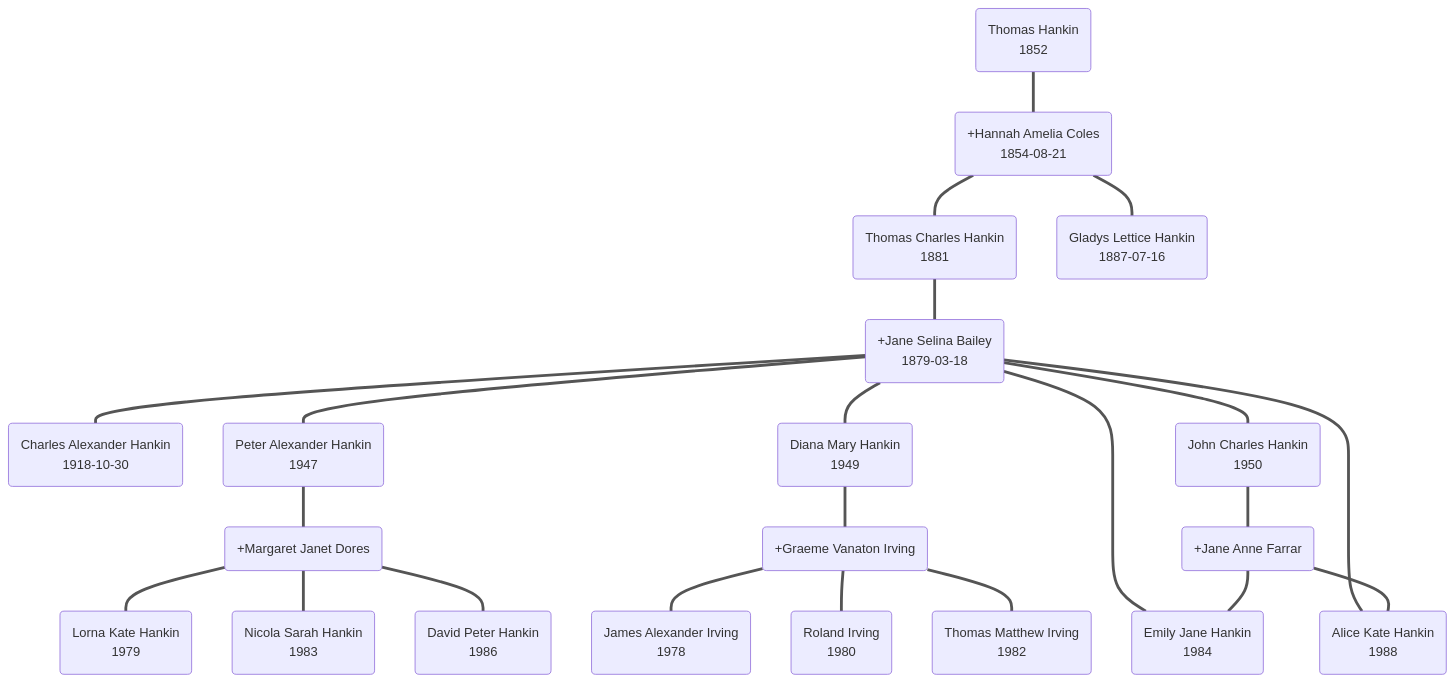
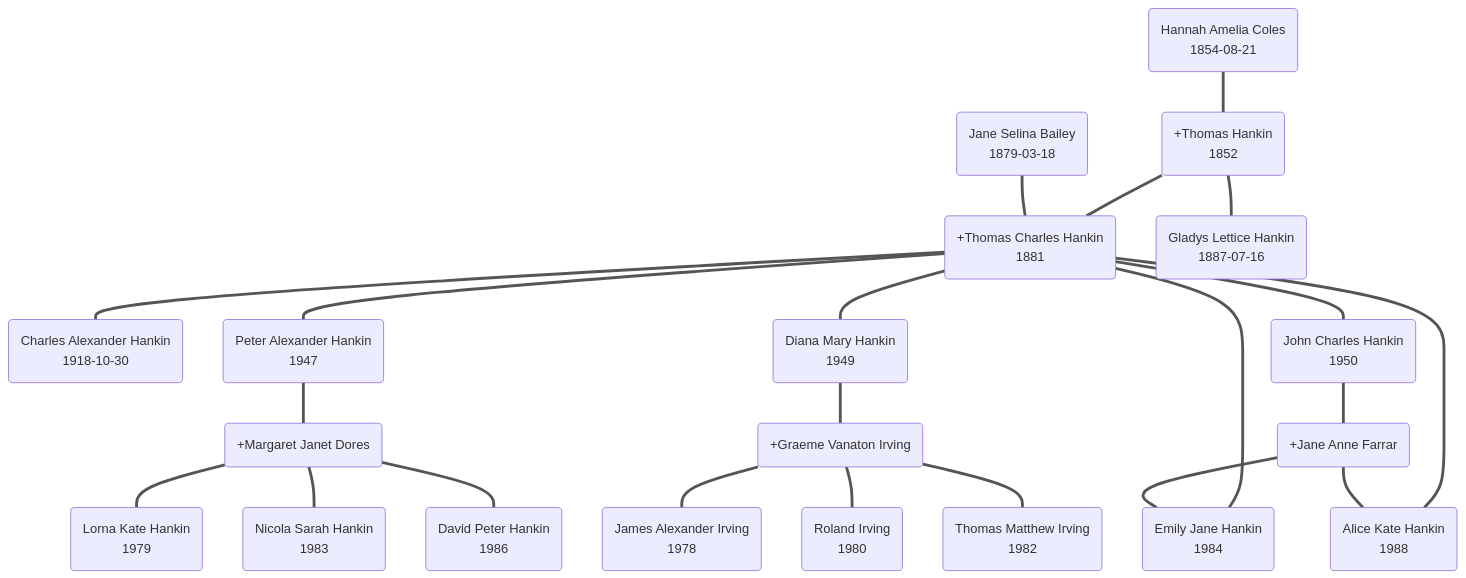
One commit to soul-family/family-tree changed the diagram in src-content/branch/diagrams/hankin.md. Above: the diagram before and after it, drawn with Mermaid. The commit also changed 36 other files, not shown here.

````diff
--- a/src-content/branch/diagrams/hankin.md
+++ b/src-content/branch/diagrams/hankin.md
@@ -3,26 +3,26 @@
 ```mermaid
 flowchart TD
-    1852_thomas_hankin_jr(Thomas Hankin<br/>1852) === 1854_hannah_amelia_coles(+Hannah Amelia Coles<br/>1854-08-21)
-    1854_hannah_amelia_coles === 1881_thomas_charles_hankin(Thomas Charles Hankin<br/>1881)
-    1854_hannah_amelia_coles === 1887_gladys_lettice_hankin(Gladys Lettice Hankin<br/>1887-07-16)
-    1881_thomas_charles_hankin === 1879_jane_selina_bailey(+Jane Selina Bailey<br/>1879-03-18)
-    1879_jane_selina_bailey === 1918_charles_alexander_hankin(Charles Alexander Hankin<br/>1918-10-30)
-    1879_jane_selina_bailey === 1947_peter_alexander_hankin(Peter Alexander Hankin<br/>1947)
-    1879_jane_selina_bailey === 1949_diana_mary_hankin(Diana Mary Hankin<br/>1949)
-    1879_jane_selina_bailey === 1950_john_charles_hankin(John Charles Hankin<br/>1950)
-    1879_jane_selina_bailey === 1984_emily_jane_hankin(Emily Jane Hankin<br/>1984)
-    1879_jane_selina_bailey === 1988_alice_kate_hankin(Alice Kate Hankin<br/>1988)
-    1947_peter_alexander_hankin === margaret_janet_dores(+Margaret Janet Dores)
-    margaret_janet_dores === 1979_lorna_kate_hankin(Lorna Kate Hankin<br/>1979)
-    margaret_janet_dores === 1983_nicola_sarah_hankin(Nicola Sarah Hankin<br/>1983)
-    margaret_janet_dores === 1986_david_peter_hankin(David Peter Hankin<br/>1986)
-    1949_diana_mary_hankin === graeme_vanaton_irving(+Graeme Vanaton Irving)
-    graeme_vanaton_irving === 1978_james_alexander_irving(James Alexander Irving<br/>1978)
-    graeme_vanaton_irving === 1980_roland_irving(Roland Irving<br/>1980)
-    graeme_vanaton_irving === 1982_thomas_matthew_irving(Thomas Matthew Irving<br/>1982)
-    1950_john_charles_hankin === jane_anne_farrar(+Jane Anne Farrar)
-    jane_anne_farrar === 1984_emily_jane_hankin
-    jane_anne_farrar === 1988_alice_kate_hankin
+    1854_hannah_amelia_coles(Hannah Amelia Coles<br/>1854-08-21) === 1852_thomas_hankin(+Thomas Hankin<br/>1852)
+    1852_thomas_hankin === 1881_thomas_hankin(Thomas Charles Hankin<br/>1881)
+    1852_thomas_hankin === 1887_gladys_hankin(Gladys Lettice Hankin<br/>1887-07-16)
+    1879_jane_selina_bailey(Jane Selina Bailey<br/>1879-03-18) === 1881_thomas_hankin(+Thomas Charles Hankin<br/>1881)
+    1881_thomas_hankin === 1918_charles_hankin(Charles Alexander Hankin<br/>1918-10-30)
+    1881_thomas_hankin === 1947_peter_hankin(Peter Alexander Hankin<br/>1947)
+    1881_thomas_hankin === 1949_diana_hankin(Diana Mary Hankin<br/>1949)
+    1881_thomas_hankin === 1950_john_hankin(John Charles Hankin<br/>1950)
+    1881_thomas_hankin === 1984_emily_hankin(Emily Jane Hankin<br/>1984)
+    1881_thomas_hankin === 1988_alice_hankin(Alice Kate Hankin<br/>1988)
+    1947_peter_hankin === margaret_dores(+Margaret Janet Dores)
+    margaret_dores === 1979_lorna_hankin(Lorna Kate Hankin<br/>1979)
+    margaret_dores === 1983_nicola_hankin(Nicola Sarah Hankin<br/>1983)
+    margaret_dores === 1986_david_hankin(David Peter Hankin<br/>1986)
+    1949_diana_hankin === graeme_irving(+Graeme Vanaton Irving)
+    graeme_irving === 1978_james_irving(James Alexander Irving<br/>1978)
+    graeme_irving === 1980_roland_irving(Roland Irving<br/>1980)
+    graeme_irving === 1982_thomas_irving(Thomas Matthew Irving<br/>1982)
+    1950_john_hankin === jane_farrar(+Jane Anne Farrar)
+    jane_farrar === 1984_emily_hankin
+    jane_farrar === 1988_alice_hankin
 
     linkStyle default stroke:#555
 ```
````
